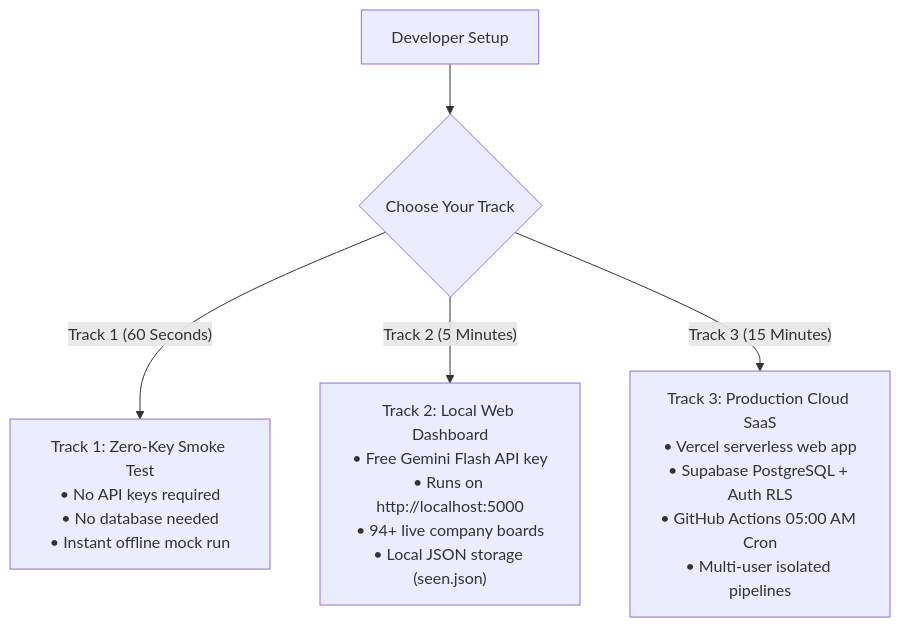
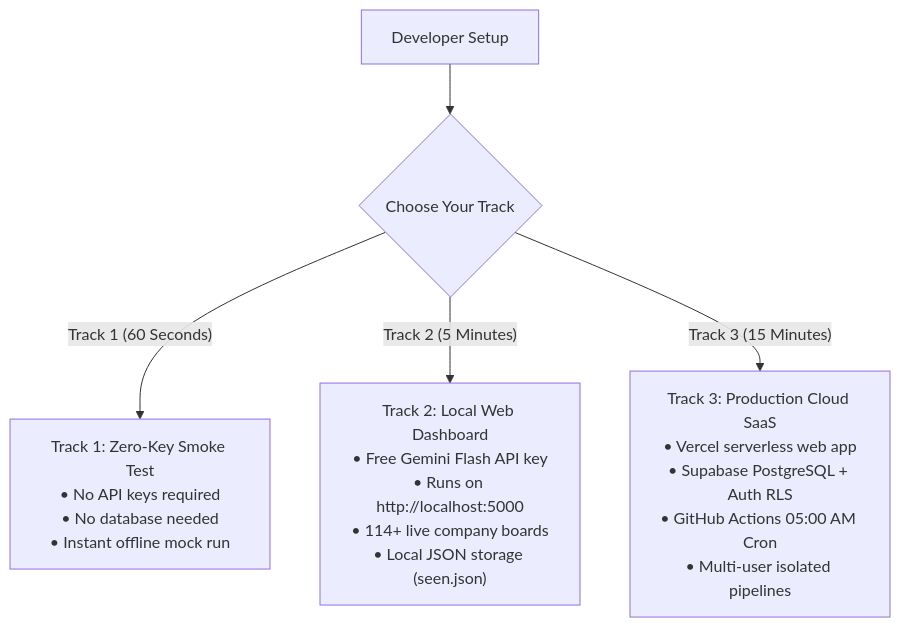
One commit to tanish-jain-225/job-hunter changed the first of 3 diagrams in docs/SETUP.md. Above: the diagram before and after it, drawn with Mermaid. The commit also changed other lines of this file and 29 other files, not shown here.

````diff
--- a/docs/SETUP.md
+++ b/docs/SETUP.md
@@ -17,7 +17,7 @@
 ```mermaid
 flowchart TD
     Start["Developer Setup"] --> Choice{"Choose Your Track"}
     Choice -->|"Track 1 (60 Seconds)"| Track1["Track 1: Zero-Key Smoke Test\n• No API keys required\n• No database needed\n• Instant offline mock run"]
-    Choice -->|"Track 2 (5 Minutes)"| Track2["Track 2: Local Web Dashboard\n• Free Gemini Flash API key\n• Runs on http://localhost:5000\n• 94+ live company boards\n• Local JSON storage (seen.json)"]
+    Choice -->|"Track 2 (5 Minutes)"| Track2["Track 2: Local Web Dashboard\n• Free Gemini Flash API key\n• Runs on http://localhost:5000\n• 114+ live company boards\n• Local JSON storage (seen.json)"]
     Choice -->|"Track 3 (15 Minutes)"| Track3["Track 3: Production Cloud SaaS\n• Vercel serverless web app\n• Supabase PostgreSQL + Auth RLS\n• GitHub Actions 05:00 AM Cron\n• Multi-user isolated pipelines"]
 ```
````
